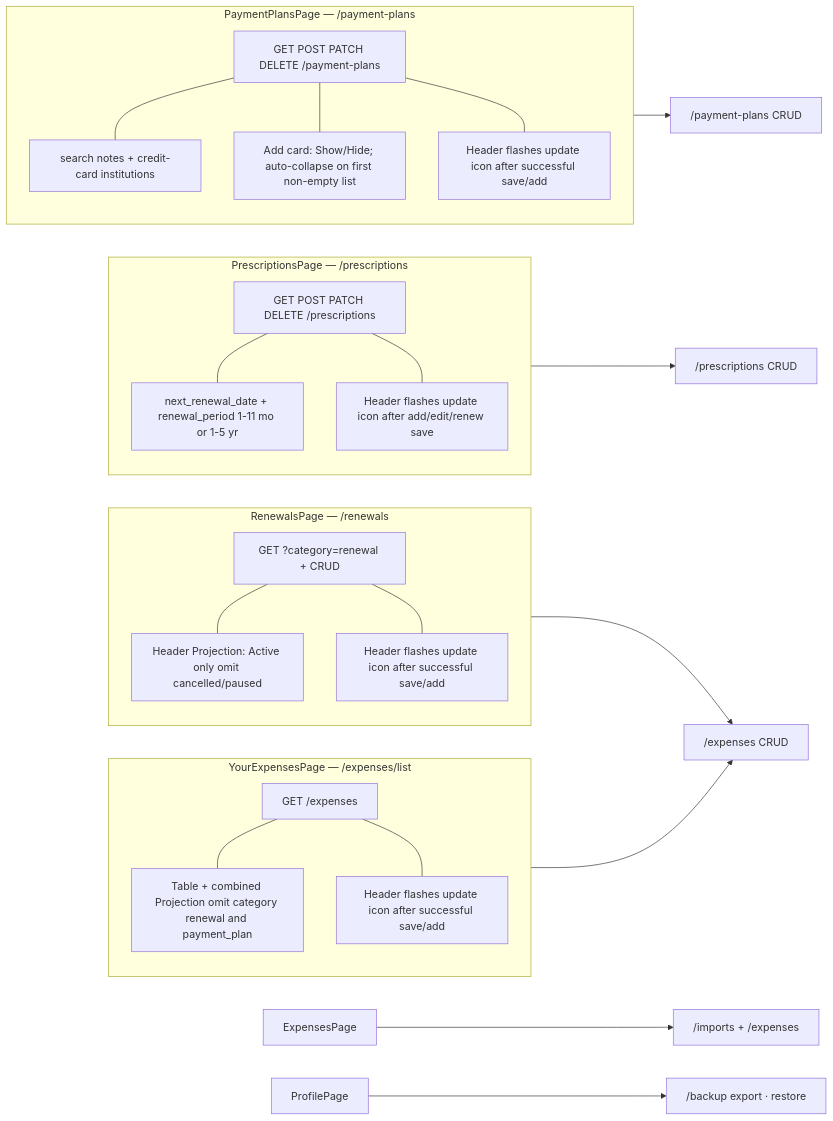
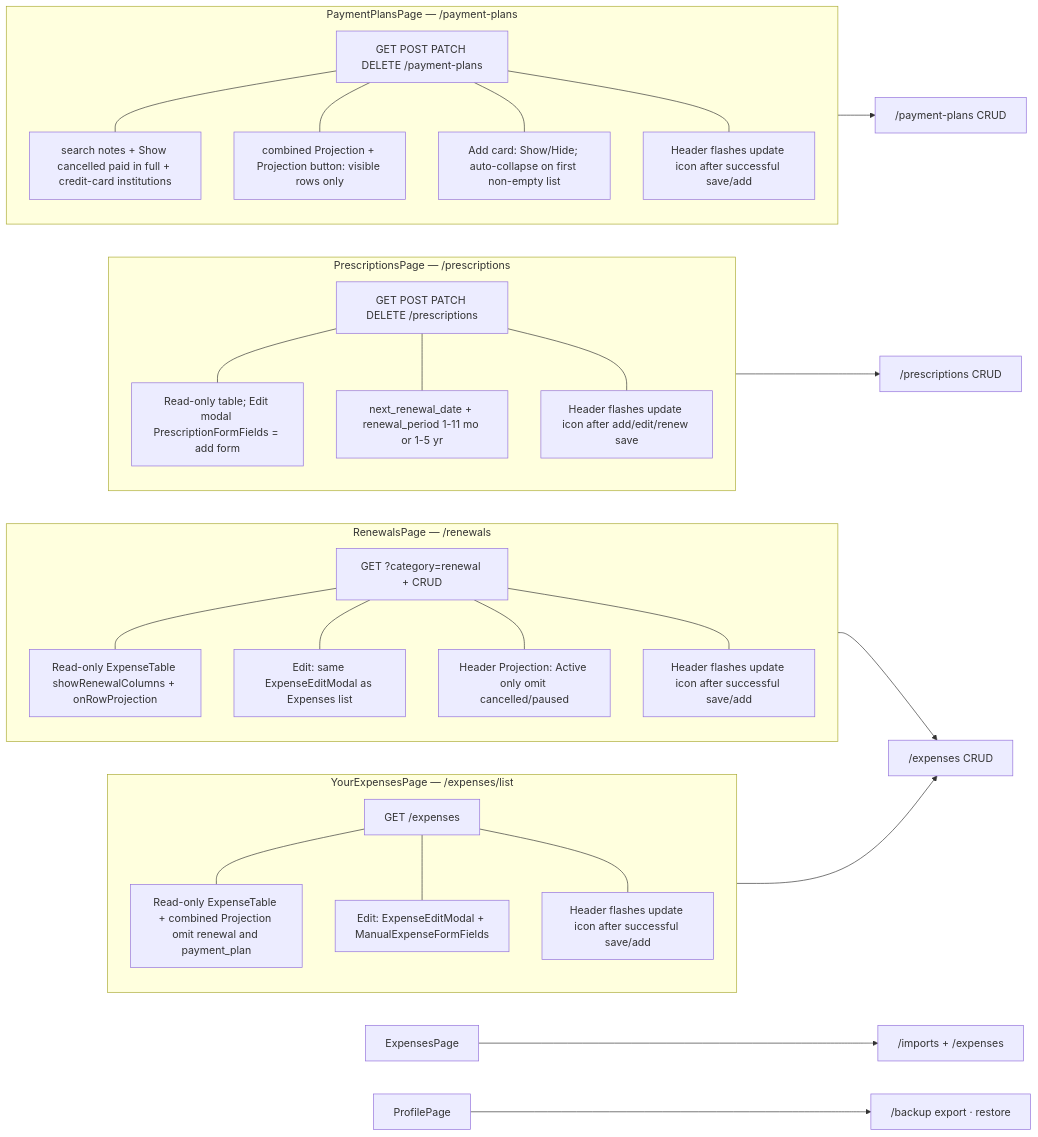
Before and after one commit to becomeonewiththecode/expense_tracker: the ninth of 20 diagrams in docs/ARCHITECTURE_DIAGRAM.md, drawn with Mermaid. The commit also changed other lines of this file and 23 other files, not shown here.

First line of the commit message:
feat: payment plan paid-in-full, modal list editing, docs

````diff
--- a/docs/ARCHITECTURE_DIAGRAM.md
+++ b/docs/ARCHITECTURE_DIAGRAM.md
@@ -334,38 +334,46 @@
 ```mermaid
 flowchart LR
   EP[ExpensesPage] --> IM["/imports + /expenses"]
   subgraph YEP["YourExpensesPage — /expenses/list"]
     direction TB
     YG["GET /expenses"]
-    YV["Table + combined Projection omit category renewal and payment_plan"]
+    YV["Read-only ExpenseTable + combined Projection omit renewal and payment_plan"]
+    YE["Edit: ExpenseEditModal + ManualExpenseFormFields"]
     YU["Header flashes update icon after successful save/add"]
     YG --- YV
+    YG --- YE
     YG --- YU
   end
   subgraph NRP["RenewalsPage — /renewals"]
     direction TB
     NG["GET ?category=renewal + CRUD"]
-    NV["Header Projection: Active only omit cancelled/paused"]
+    NV["Read-only ExpenseTable showRenewalColumns + onRowProjection"]
+    NE["Edit: same ExpenseEditModal as Expenses list"]
+    NW["Header Projection: Active only omit cancelled/paused"]
     NU["Header flashes update icon after successful save/add"]
     NG --- NV
+    NG --- NE
+    NG --- NW
     NG --- NU
   end
   NRP --> EX["/expenses CRUD"]
   YEP --> EX
   subgraph PSPg["PrescriptionsPage — /prescriptions"]
     direction TB
     PG2["GET POST PATCH DELETE /prescriptions"]
-    PG2 --- PGnote["next_renewal_date + renewal_period 1-11 mo or 1-5 yr"]
+    PG2 --- PGnote["Read-only table; Edit modal PrescriptionFormFields = add form"]
+    PG2 --- PGdates["next_renewal_date + renewal_period 1-11 mo or 1-5 yr"]
     PG2 --- PGu["Header flashes update icon after add/edit/renew save"]
   end
   PSPg --> PRX["/prescriptions CRUD"]
   subgraph PPPg["PaymentPlansPage — /payment-plans"]
     direction TB
     PPG2["GET POST PATCH DELETE /payment-plans"]
-    PPG2 --- PPGnote["search notes + credit-card institutions"]
+    PPG2 --- PPGnote["search notes + Show cancelled paid in full + credit-card institutions"]
+    PPG2 --- PPGproj["combined Projection + Projection button: visible rows only"]
     PPG2 --- PPGadd["Add card: Show/Hide; auto-collapse on first non-empty list"]
     PPG2 --- PPGu["Header flashes update icon after successful save/add"]
   end
   PPPg --> PPX["/payment-plans CRUD"]
   PP[ProfilePage] --> BK["/backup export · restore"]
 ```
````
